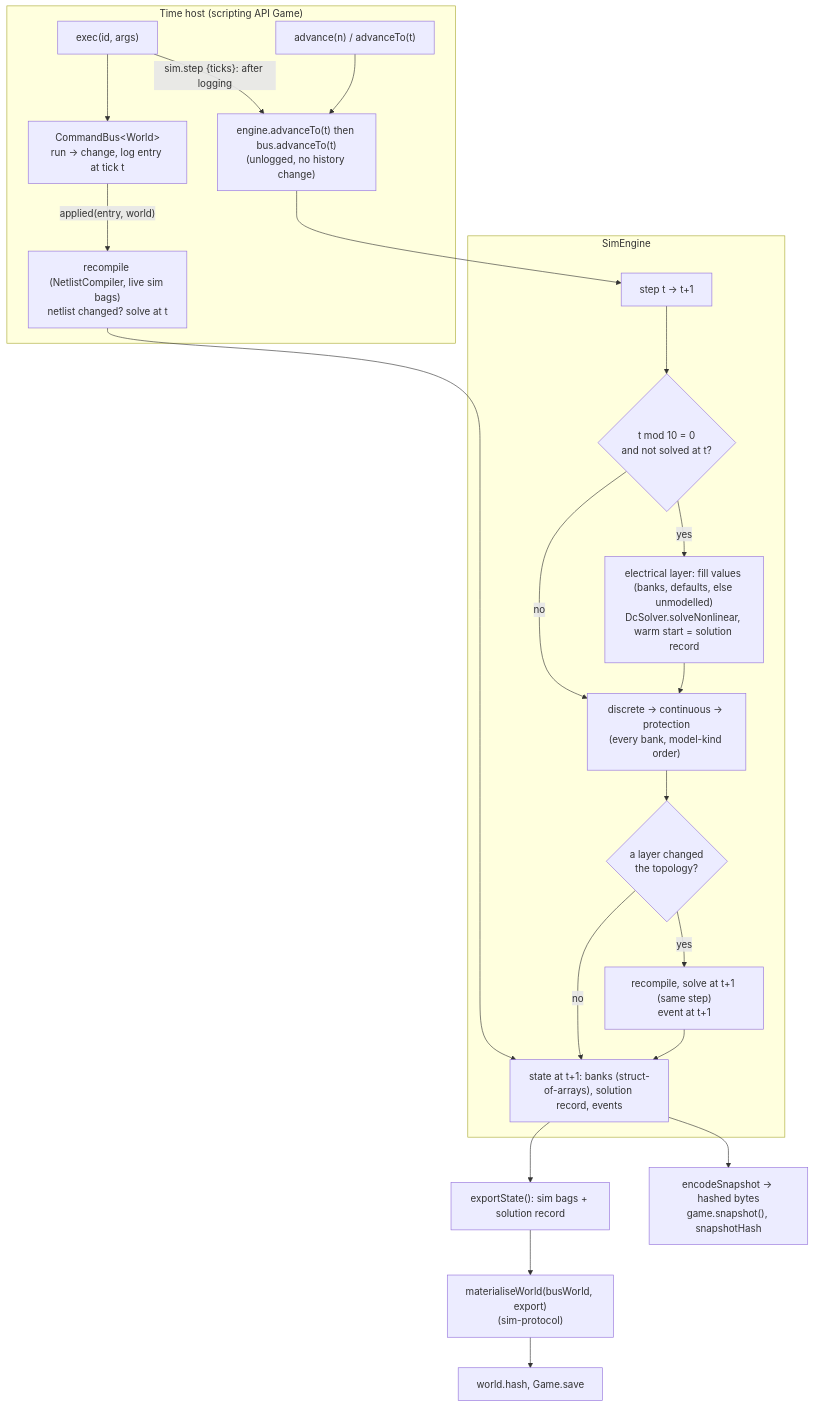
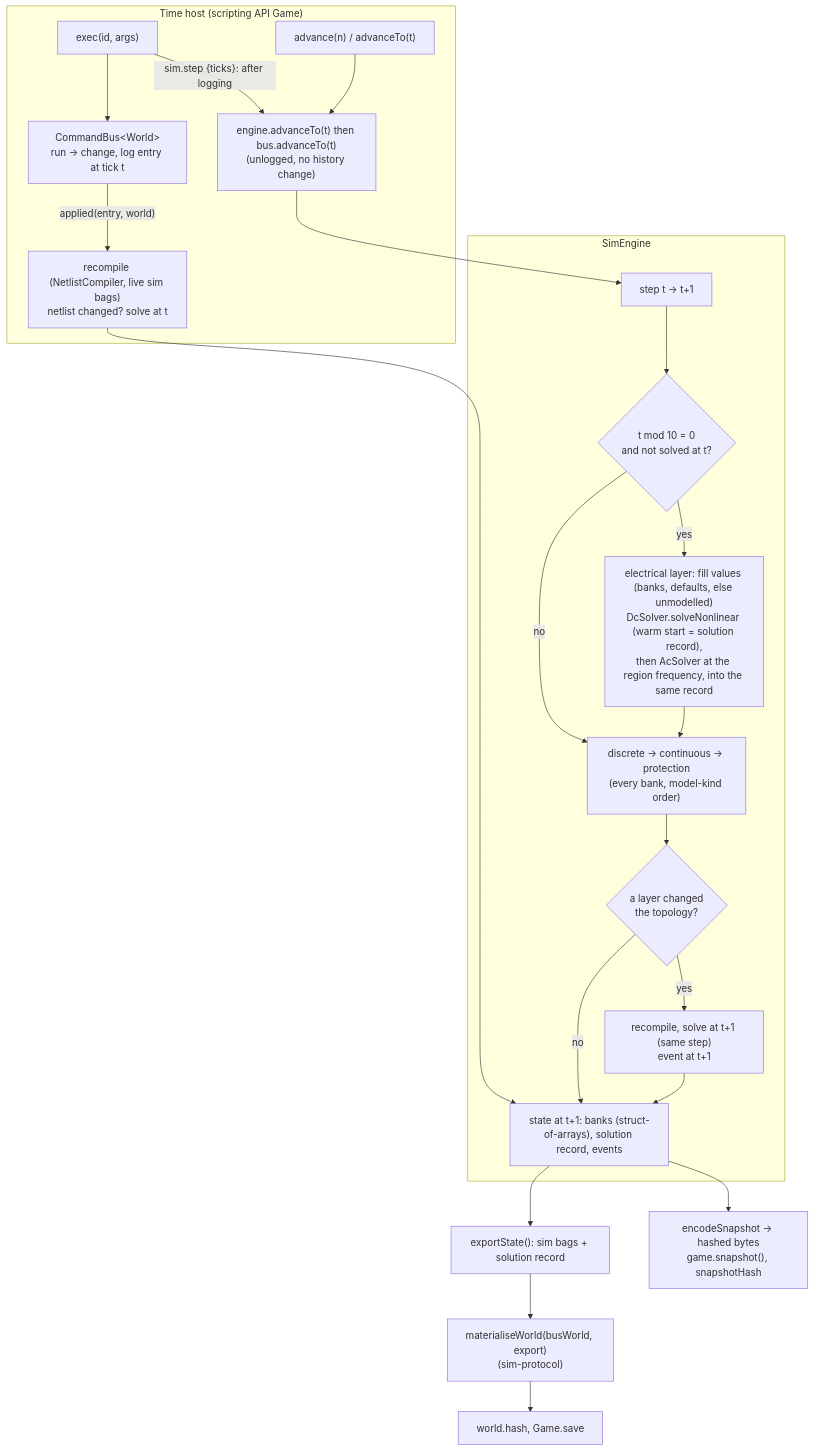
The sixth of 7 diagrams in docs/architecture/simulation.md (joebarbere/controls), drawn with Mermaid before and after one commit. The commit also changed other lines of this file and 23 other files, not shown here.

````diff
--- a/docs/architecture/simulation.md
+++ b/docs/architecture/simulation.md
@@ -377,25 +378,25 @@
 ```mermaid
 flowchart TB
     subgraph host["Time host (scripting API Game)"]
       EXEC["exec(id, args)"] --> BUS["CommandBus&lt;World&gt;<br/>run → change, log entry at tick t"]
       BUS -->|"applied(entry, world)"| APPLY
       EXEC -->|"sim.step {ticks}: after logging"| ADV
       ADVAPI["advance(n) / advanceTo(t)"] --> ADV["engine.advanceTo(t) then bus.advanceTo(t)<br/>(unlogged, no history change)"]
     end
     subgraph engine["SimEngine"]
       APPLY["recompile (NetlistCompiler, live sim bags)<br/>netlist changed? solve at t"] --> STATE
       ADV --> STEP
       STEP["step t → t+1"] --> S1{"t mod 10 = 0<br/>and not solved at t?"}
-      S1 -->|yes| SOLVE["electrical layer: fill values (banks, defaults, else unmodelled)<br/>DcSolver.solveNonlinear, warm start = solution record"]
+      S1 -->|yes| SOLVE["electrical layer: fill values (banks, defaults, else unmodelled)<br/>DcSolver.solveNonlinear (warm start = solution record),<br/>then AcSolver at the region frequency, into the same record"]
       S1 -->|no| L
       SOLVE --> L["discrete → continuous → protection<br/>(every bank, model-kind order)"]
       L --> S2{"a layer changed<br/>the topology?"}
       S2 -->|yes| TRIP["recompile, solve at t+1 (same step)<br/>event at t+1"]
       S2 -->|no| STATE
       TRIP --> STATE["state at t+1: banks (struct-of-arrays), solution record, events"]
     end
     STATE --> EXPORT["exportState(): sim bags + solution record"]
     EXPORT --> MAT["materialiseWorld(busWorld, export)<br/>(sim-protocol)"]
     MAT --> HASH["world.hash, Game.save"]
     STATE --> SNAP["encodeSnapshot → hashed bytes<br/>game.snapshot(), snapshotHash"]
 ```
````
